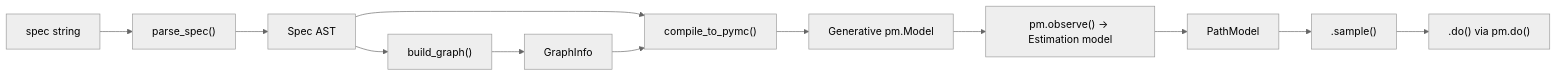
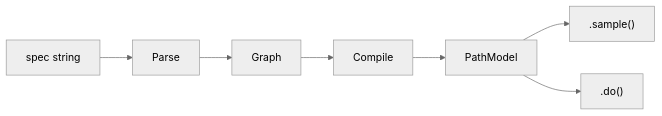
One commit to pymc-labs/pathmc changed the second of 3 diagrams in docs/how-it-works.qmd. Above: the diagram before and after it, drawn with Mermaid (neutral theme). The commit also changed other lines of this file and 2 other files, not shown here.

````diff
--- a/docs/how-it-works.qmd
+++ b/docs/how-it-works.qmd
@@ -47,14 +47,9 @@
 ```{mermaid}
 flowchart LR
-    A["spec string"] --> B["parse_spec()"]
-    B --> C["Spec AST"]
-    C --> D["build_graph()"]
-    D --> E["GraphInfo"]
-    C --> F["compile_to_pymc()"]
-    E --> F
-    F --> G["Generative pm.Model"]
-    G --> H["pm.observe() → Estimation model"]
-    H --> I["PathModel"]
-    I --> J[".sample()"]
-    J --> K[".do() via pm.do()"]
+    A["spec string"] --> B["Parse"]
+    B --> C["Graph"]
+    C --> D["Compile"]
+    D --> E["PathModel"]
+    E --> F[".sample()"]
+    E --> G[".do()"]
 ```
````
